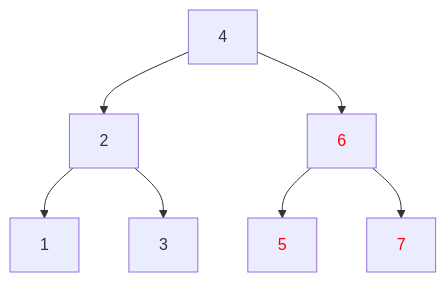
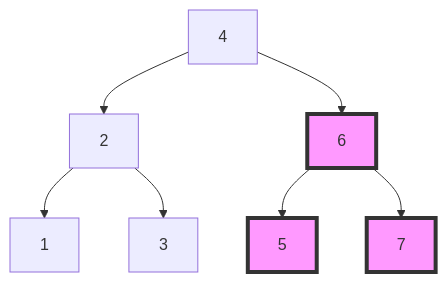
One commit to tsolenthaler/zbwAlgDs changed the sixth of 17 diagrams in docs/algorithmen/binary-tree.md. Above: the diagram before and after it, drawn with Mermaid. The commit also changed other lines of this file, not shown here.

Commit message:
Refactor binary tree diagram styles for improved visualization and consistency

````diff
--- a/docs/algorithmen/binary-tree.md
+++ b/docs/algorithmen/binary-tree.md
@@ -212,12 +210,12 @@
 ``` mermaid
 flowchart TD
     4 --> 2
     4 --> 6
     2 --> 1
     2 --> 3
     6 --> 5
     6 --> 7
-    style 6 color:red
-    style 5 color:red
-    style 7 color:red
+    style 6 fill:#f9f,stroke:#333,stroke-width:4px
+    style 5 fill:#f9f,stroke:#333,stroke-width:4px
+    style 7 fill:#f9f,stroke:#333,stroke-width:4px
 ```
````
